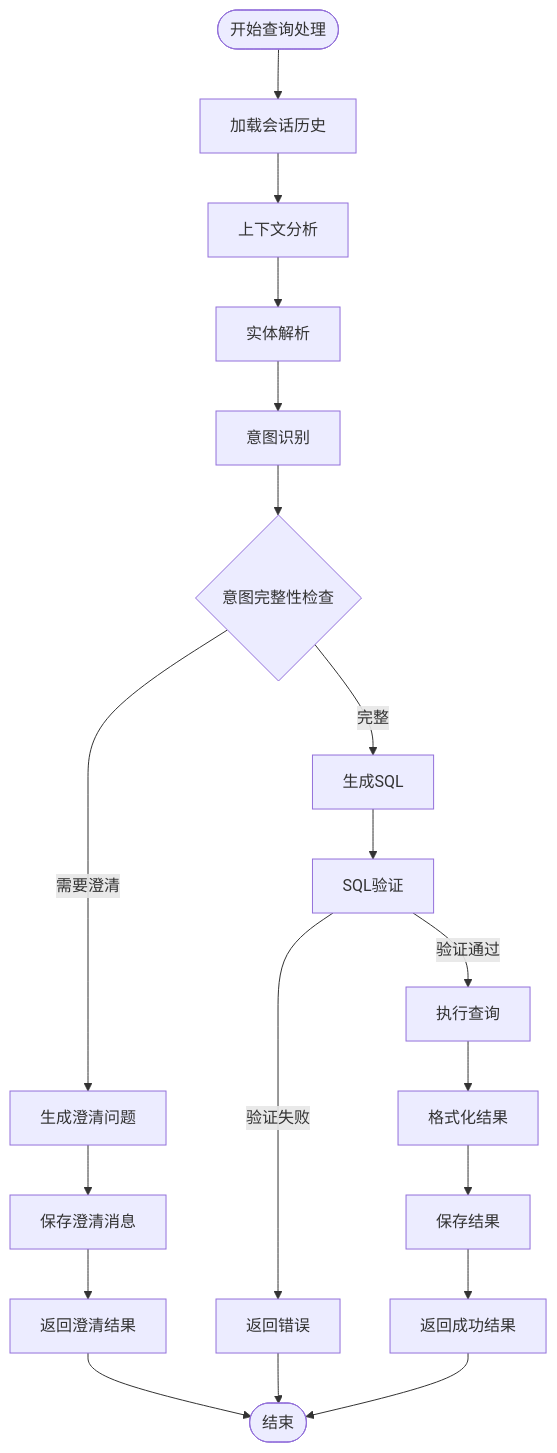
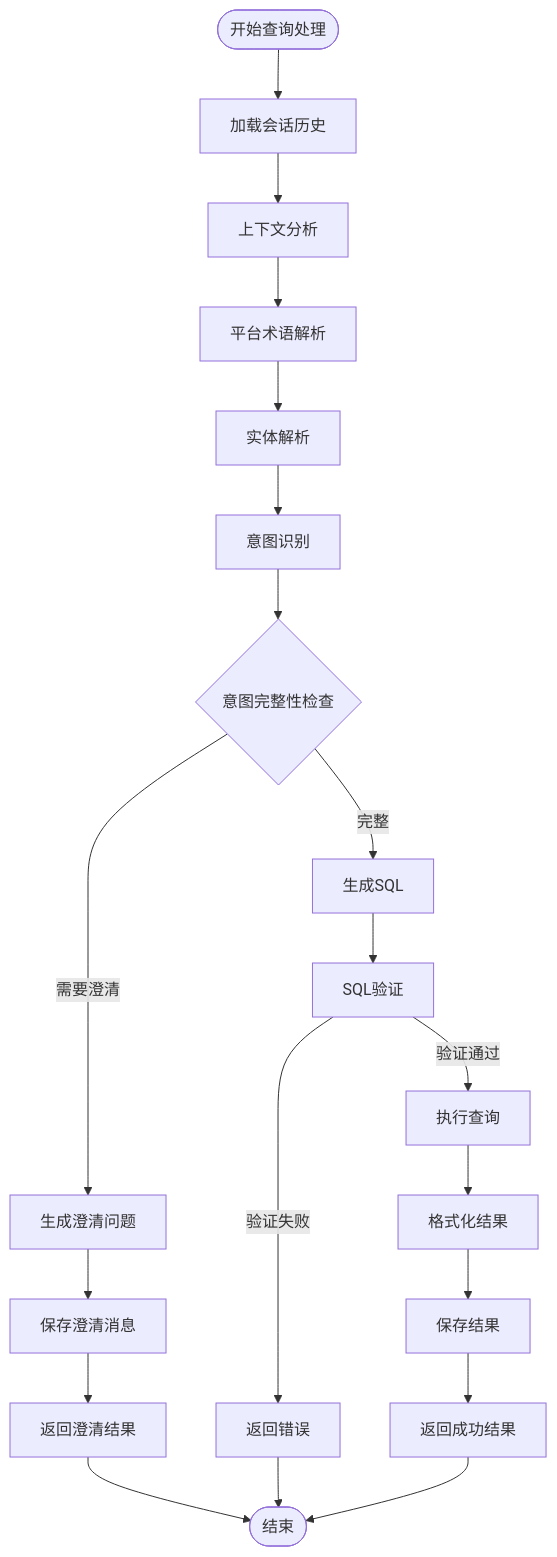
One commit to HanHuiOnLine/724-office changed the third of 16 diagrams in .qoder/repowiki/zh/content/架构设计/NL2SQL系统架构设计.md. Above: the diagram before and after it, drawn with Mermaid. The commit also changed other lines of this file and 115 other files, not shown here.

````diff
--- a/.qoder/repowiki/zh/content/架构设计/NL2SQL系统架构设计.md
+++ b/.qoder/repowiki/zh/content/架构设计/NL2SQL系统架构设计.md
@@ -145,21 +158,22 @@
 ```mermaid
 flowchart TD
 Start([开始查询处理]) --> LoadHistory[加载会话历史]
 LoadHistory --> ContextAnalysis[上下文分析]
-ContextAnalysis --> EntityResolve[实体解析]
+ContextAnalysis --> PlatformResolve[平台术语解析]
+PlatformResolve --> EntityResolve[实体解析]
 EntityResolve --> AnalyzeIntent[意图识别]
 AnalyzeIntent --> CheckCompleteness{意图完整性检查}
 CheckCompleteness --> |需要澄清| GenerateClarification[生成澄清问题]
 CheckCompleteness --> |完整| GenerateSQL[生成SQL]
 GenerateClarification --> SaveClarification[保存澄清消息]
 SaveClarification --> ReturnClarification[返回澄清结果]
 GenerateSQL --> ValidateSQL[SQL验证]
 ValidateSQL --> |验证失败| ReturnError[返回错误]
 ValidateSQL --> |验证通过| ExecuteQuery[执行查询]
 ExecuteQuery --> FormatResult[格式化结果]
 FormatResult --> SaveResult[保存结果]
 SaveResult --> ReturnSuccess[返回成功结果]
 ReturnError --> End([结束])
 ReturnClarification --> End
 ReturnSuccess --> End
 ```
````
